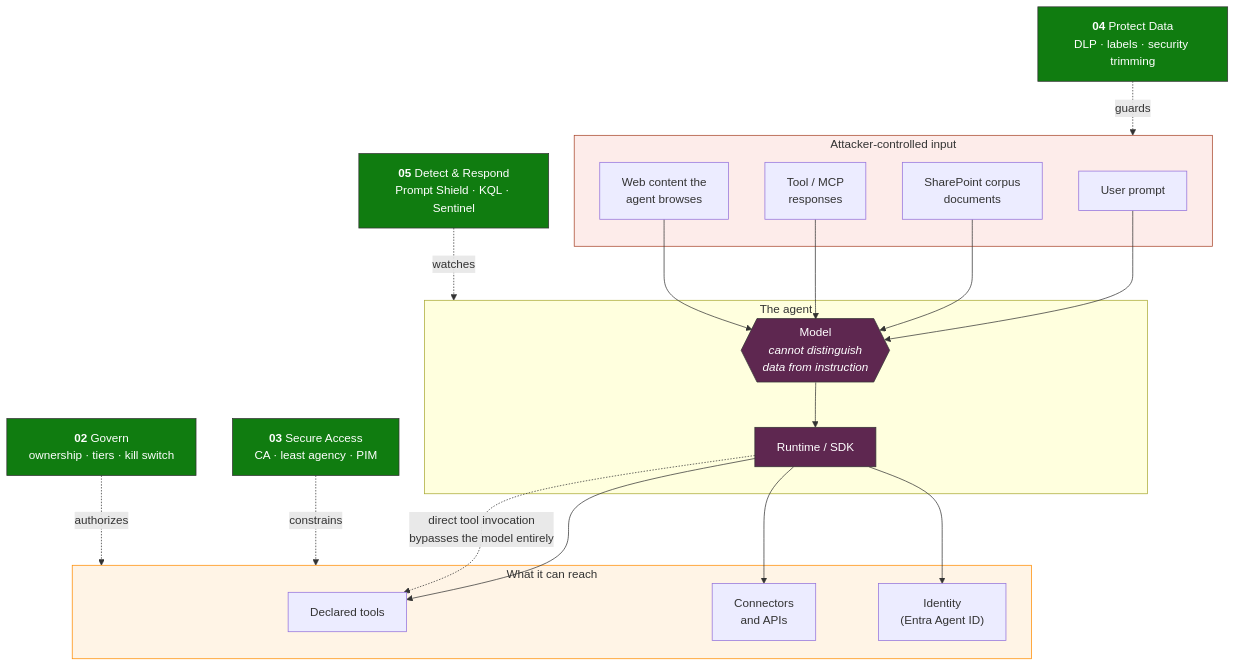
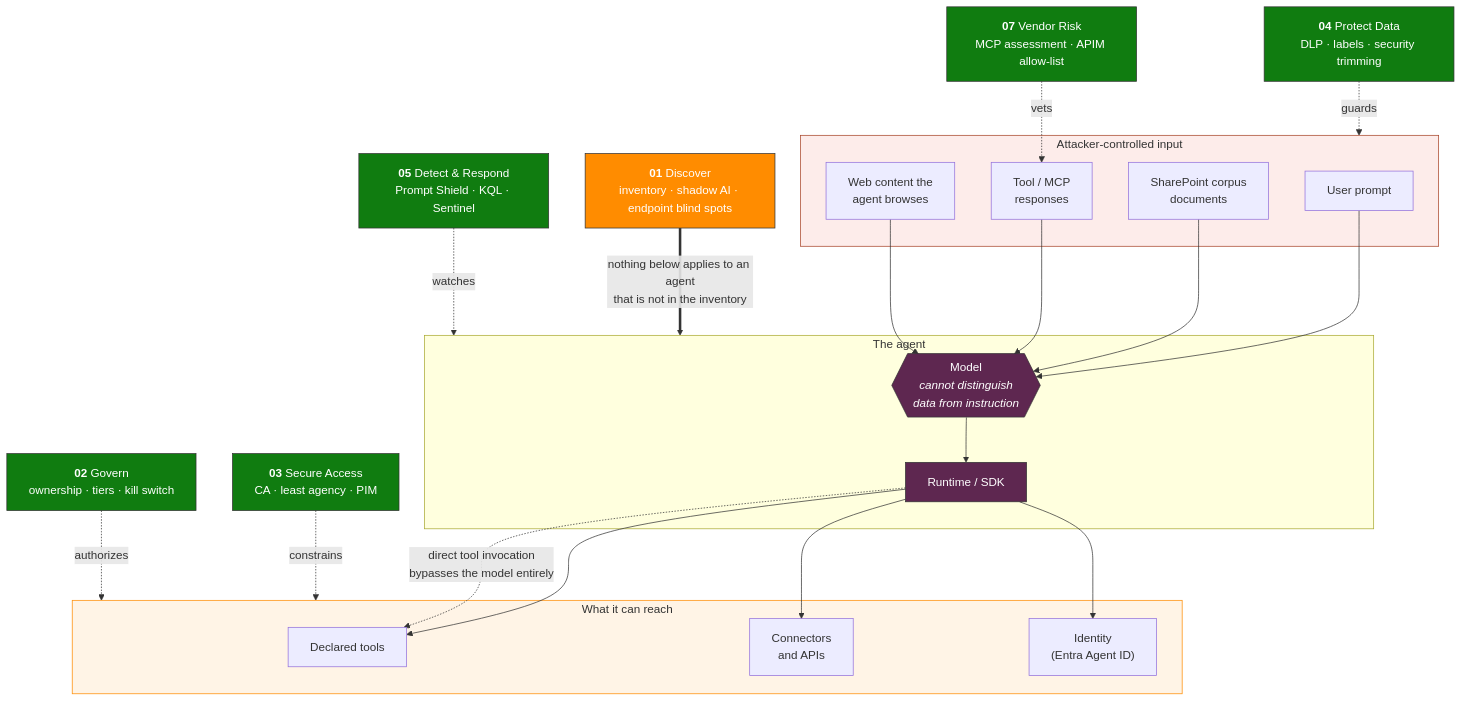
Before and after one commit to jcastanedacano/agent-zero: the third of 3 diagrams in README.md, drawn with Mermaid. The commit also changed other lines of this file, not shown here.

Commit message:
Fix attack surface diagram: add missing domains 01 and 07, explain 06
The diagram annotated only four of seven domains (02, 03, 04, 05). Domain 01
was the notable omission, since the repo's own thesis -- stated in the domains
diagram directly above it -- is that an agent missing from Domain 01 is missing
from every layer after it.

- 01 Discover added as a precondition rather than a peer, rendered in orange
  above the agent with a thick edge reading "nothing below applies to an agent
  that is not in the inventory." It does not guard a surface; it establishes
  that the agent exists, which is what makes every other control applicable.
- 07 Vendor Risk added pointing at the Tool/MCP input channel, which is the
  surface it actually guards (supply chain of what feeds the agent).
- 06 Regulatory deliberately left off the diagram, with prose explaining why:
  it is the evidence layer that consumes the output of all seven domains
  rather than defending any single surface.
- Renamed the control node IDs from C1..C4 to C02..C07 so the Mermaid source
  matches the domain numbers it renders.

````diff
--- a/README.md
+++ b/README.md
@@ -423,43 +423,50 @@
 ```mermaid
 flowchart TB
+    D01["<b>01</b> Discover<br/>inventory · shadow AI · endpoint blind spots"]
+
     subgraph Untrusted["Attacker-controlled input"]
         U1[User prompt]
-        U2[SharePoint corpus<br/>documents]
+        U2["SharePoint corpus<br/>documents"]
         U3["Tool / MCP<br/>responses"]
-        U4[Web content the<br/>agent browses]
+        U4["Web content the<br/>agent browses"]
     end
 
     subgraph Agent["The agent"]
         LLM{{"Model<br/><i>cannot distinguish<br/>data from instruction</i>"}}
         RT["Runtime / SDK"]
     end
 
     subgraph Blast["What it can reach"]
         T1[Declared tools]
-        T2[Connectors<br/>and APIs]
+        T2["Connectors<br/>and APIs"]
         T3["Identity<br/>(Entra Agent ID)"]
     end
+
+    D01 == "nothing below applies to an agent<br/>that is not in the inventory" ==> Agent
 
     U1 --> LLM
     U2 --> LLM
     U3 --> LLM
     U4 --> LLM
     LLM --> RT
     RT --> T1 & T2 & T3
 
     RT -. "direct tool invocation<br/>bypasses the model entirely" .-> T1
 
-    C1["<b>04</b> Protect Data<br/>DLP · labels · security trimming"] -.guards.-> Untrusted
-    C2["<b>05</b> Detect &amp; Respond<br/>Prompt Shield · KQL · Sentinel"] -.watches.-> Agent
-    C3["<b>03</b> Secure Access<br/>CA · least agency · PIM"] -.constrains.-> Blast
-    C4["<b>02</b> Govern<br/>ownership · tiers · kill switch"] -.authorizes.-> Blast
+    C04["<b>04</b> Protect Data<br/>DLP · labels · security trimming"] -.guards.-> Untrusted
+    C07["<b>07</b> Vendor Risk<br/>MCP assessment · APIM allow-list"] -.vets.-> U3
+    C05["<b>05</b> Detect &amp; Respond<br/>Prompt Shield · KQL · Sentinel"] -.watches.-> Agent
+    C03["<b>03</b> Secure Access<br/>CA · least agency · PIM"] -.constrains.-> Blast
+    C02["<b>02</b> Govern<br/>ownership · tiers · kill switch"] -.authorizes.-> Blast
 
+    style D01 fill:#FF8C00,stroke:#333,color:#fff
     style LLM fill:#5E2750,stroke:#333,color:#fff
     style RT fill:#5E2750,stroke:#333,color:#fff
-    style C1 fill:#107C10,stroke:#333,color:#fff
-    style C2 fill:#107C10,stroke:#333,color:#fff
-    style C3 fill:#107C10,stroke:#333,color:#fff
-    style C4 fill:#107C10,stroke:#333,color:#fff
+    style C02 fill:#107C10,stroke:#333,color:#fff
+    style C03 fill:#107C10,stroke:#333,color:#fff
+    style C04 fill:#107C10,stroke:#333,color:#fff
+    style C05 fill:#107C10,stroke:#333,color:#fff
+    style C07 fill:#107C10,stroke:#333,color:#fff
     style Untrusted fill:#fdecea,stroke:#a8452a
     style Blast fill:#fff4e6,stroke:#FF8C00
 ```
````
